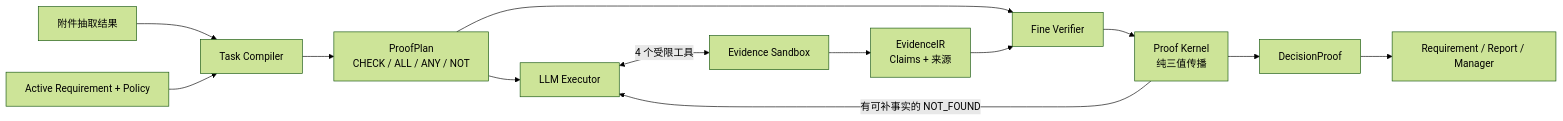
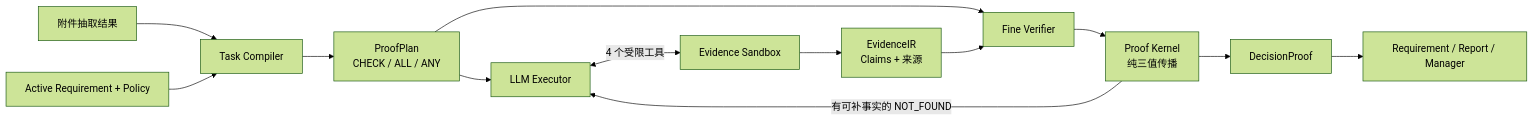
Before and after one commit to Sanssssssssssssssss/invoice-case-workbench-openai-sdk: the diagram in docs/PROOF_CARRYING_EVIDENCE_COMPILER.md, drawn with Mermaid (forest theme). The commit also changed other lines of this file and 408 other files, not shown here.

````diff
--- a/docs/PROOF_CARRYING_EVIDENCE_COMPILER.md
+++ b/docs/PROOF_CARRYING_EVIDENCE_COMPILER.md
@@ -13,15 +15,15 @@
 ```mermaid
 flowchart LR
     A["附件抽取结果"] --> B["Task Compiler"]
     R["Active Requirement + Policy"] --> B
-    B --> C["ProofPlan<br/>CHECK / ALL / ANY / NOT"]
+    B --> C["ProofPlan<br/>CHECK / ALL / ANY"]
     C --> D["LLM Executor"]
     D <-->|"4 个受限工具"| S["Evidence Sandbox"]
     S --> IR["EvidenceIR<br/>Claims + 来源"]
     C --> V["Fine Verifier"]
     IR --> V
     V --> K["Proof Kernel<br/>纯三值传播"]
     K -->|"有可补事实的 NOT_FOUND"| D
     K --> P["DecisionProof"]
     P --> O["Requirement / Report / Manager"]
 ```
````
